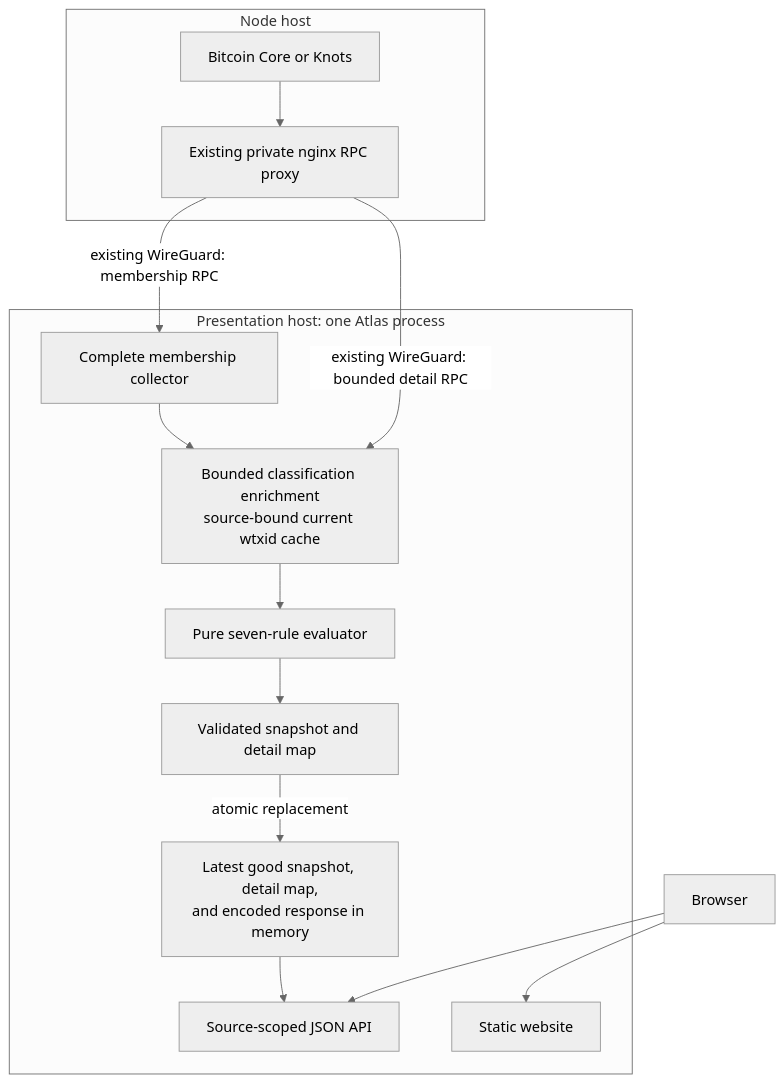
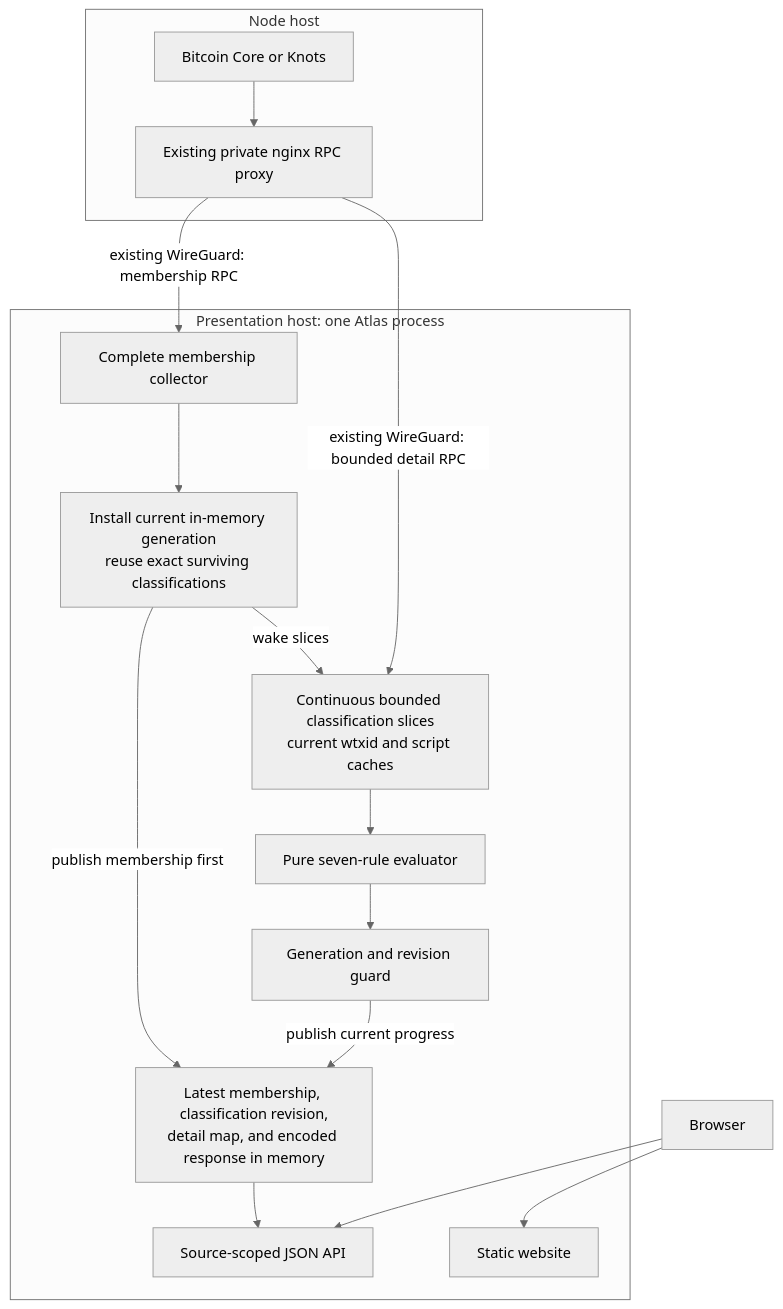
The diagram in docs/architecture.md (deadmanoz/mempool-atlas), drawn with Mermaid (neutral theme) before and after one commit. The commit also changed other lines of this file and 16 other files, not shown here.

Commit message:
perf(atlas): accelerate current classification

````diff
--- a/docs/architecture.md
+++ b/docs/architecture.md
@@ -8,28 +8,31 @@
 ```mermaid
 flowchart TB
     subgraph node["Node host"]
         bitcoind["Bitcoin Core or Knots"]
         rpc_proxy["Existing private nginx RPC proxy"]
         bitcoind --> rpc_proxy
     end
 
     subgraph presentation["Presentation host: one Atlas process"]
         membership["Complete membership collector"]
-        enrichment["Bounded classification enrichment<br/>source-bound current wtxid cache"]
+        generation["Install current in-memory generation<br/>reuse exact surviving classifications"]
+        enrichment["Continuous bounded classification slices<br/>current wtxid and script caches"]
         evaluator["Pure seven-rule evaluator"]
-        next["Validated snapshot and detail map"]
-        current["Latest good snapshot, detail map,<br/>and encoded response in memory"]
+        guard["Generation and revision guard"]
+        current["Latest membership, classification revision,<br/>detail map, and encoded response in memory"]
         api["Source-scoped JSON API"]
         static["Static website"]
-        membership --> enrichment
+        membership --> generation
+        generation -->|"publish membership first"| current
+        generation -->|"wake slices"| enrichment
         enrichment --> evaluator
-        evaluator --> next
-        next -->|"atomic replacement"| current
+        evaluator --> guard
+        guard -->|"publish current progress"| current
         current --> api
     end
 
     rpc_proxy -->|"existing WireGuard: membership RPC"| membership
     rpc_proxy -->|"existing WireGuard: bounded detail RPC"| enrichment
     browser["Browser"] --> static
     browser --> api
 ```
````
